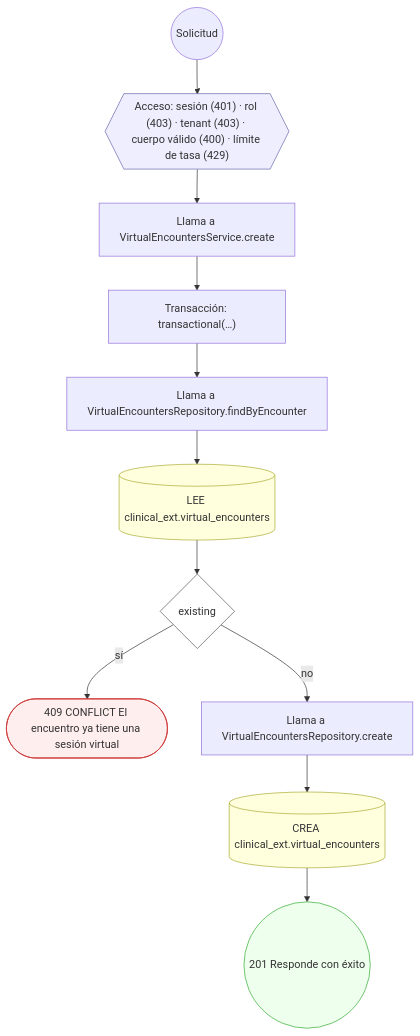
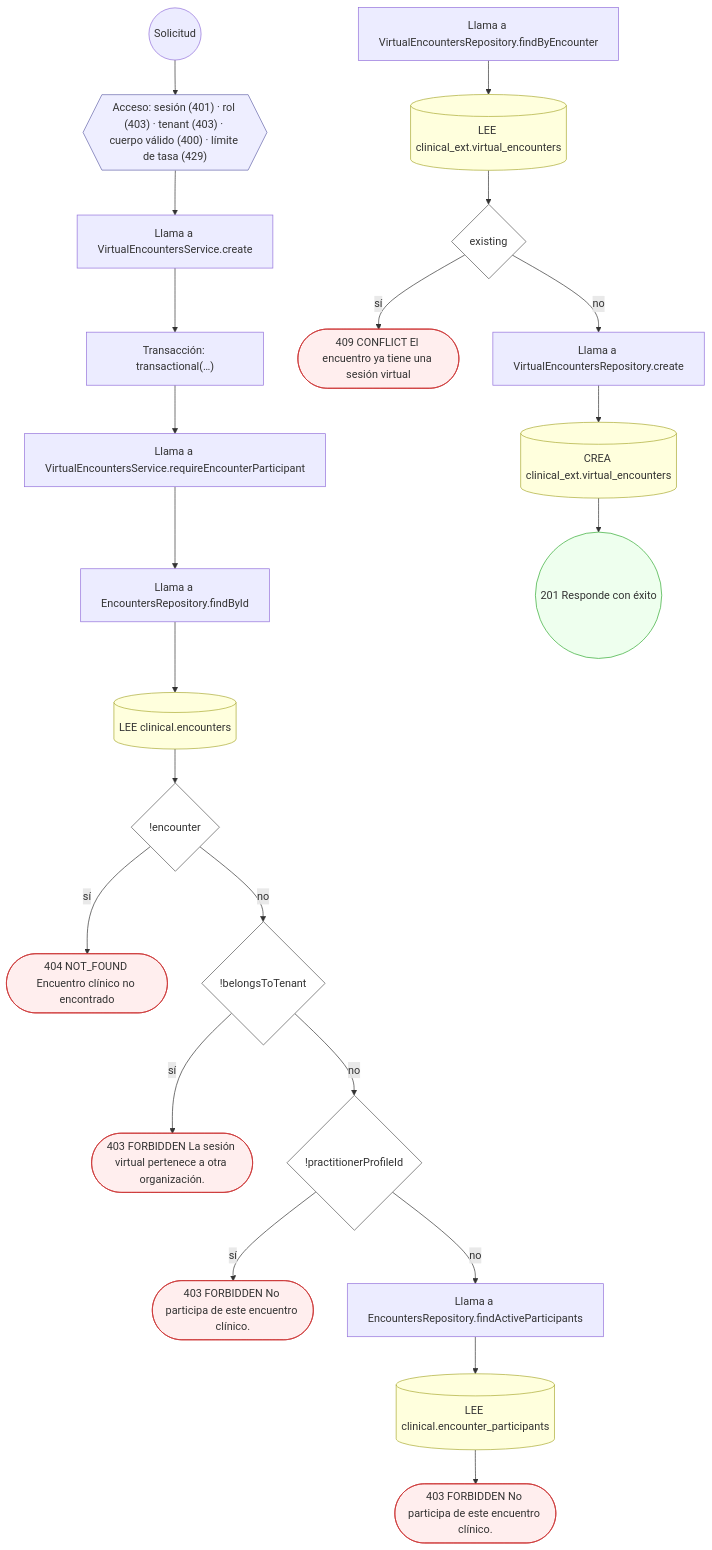
Before and after one commit to mdavila-2001/mantra-core-health-api: diagram 22 of 24 in docs/inventario/flujos/clinical_ext.md, drawn with Mermaid. The commit also changed other lines of this file and 451 other files, not shown here.

````diff
--- a/docs/inventario/flujos/clinical_ext.md
+++ b/docs/inventario/flujos/clinical_ext.md
@@ -1257,30 +1352,53 @@
 ```mermaid
 flowchart TD
   n1(("Solicitud")):::inicio
   n2{{"Acceso: sesión (401) · rol (403) · tenant (403) · cuerpo válido (400) · límite de tasa (429)"}}:::acceso
   n1 --> n2
   n3["Llama a VirtualEncountersService.create"]:::llamada
   n2 --> n3
   n4["Transacción: transactional(…)"]:::transaccion
   n3 --> n4
-  n5["Llama a VirtualEncountersRepository.findByEncounter"]:::llamada
+  n5["Llama a VirtualEncountersService.requireEncounterParticipant"]:::llamada
   n4 --> n5
-  n6[("LEE clinical_ext.virtual_encounters")]:::efecto
+  n6["Llama a EncountersRepository.findById"]:::llamada
   n5 --> n6
-  n7{"existing"}:::decision
+  n7[("LEE clinical.encounters")]:::efecto
   n6 --> n7
-  n8(["409 CONFLICT El encuentro ya tiene una sesión virtual"]):::error
-  n7 -->|"sí"| n8
-  n9["Llama a VirtualEncountersRepository.create"]:::llamada
-  n7 -->|"no"| n9
-  n10[("CREA clinical_ext.virtual_encounters")]:::efecto
-  n9 --> n10
-  n11(("201 Responde con éxito")):::ok
-  n10 --> n11
+  n8{"!encounter"}:::decision
+  n7 --> n8
+  n9(["404 NOT_FOUND Encuentro clínico no encontrado"]):::error
+  n8 -->|"sí"| n9
+  n10{"!belongsToTenant"}:::decision
+  n8 -->|"no"| n10
+  n11(["403 FORBIDDEN La sesión virtual pertenece a otra organización."]):::error
+  n10 -->|"sí"| n11
+  n12{"!practitionerProfileId"}:::decision
+  n10 -->|"no"| n12
+  n13(["403 FORBIDDEN No participa de este encuentro clínico."]):::error
+  n12 -->|"sí"| n13
+  n14["Llama a EncountersRepository.findActiveParticipants"]:::llamada
+  n12 -->|"no"| n14
+  n15[("LEE clinical.encounter_participants")]:::efecto
+  n14 --> n15
+  n16(["403 FORBIDDEN No participa de este encuentro clínico."]):::error
+  n15 --> n16
+  n17["Llama a VirtualEncountersRepository.findByEncounter"]:::llamada
+  n18[("LEE clinical_ext.virtual_encounters")]:::efecto
+  n17 --> n18
+  n19{"existing"}:::decision
+  n18 --> n19
+  n20(["409 CONFLICT El encuentro ya tiene una sesión virtual"]):::error
+  n19 -->|"sí"| n20
+  n21["Llama a VirtualEncountersRepository.create"]:::llamada
+  n19 -->|"no"| n21
+  n22[("CREA clinical_ext.virtual_encounters")]:::efecto
+  n21 --> n22
+  n23(("201 Responde con éxito")):::ok
+  n22 --> n23
   classDef acceso fill:#eef,stroke:#66a
   classDef error fill:#fee,stroke:#c33
   classDef ok fill:#efe,stroke:#3a3
   classDef efecto fill:#ffd,stroke:#aa3
   classDef decision fill:#fff,stroke:#555
   classDef corte fill:#eee,stroke:#999,stroke-dasharray: 4
 ```
````
